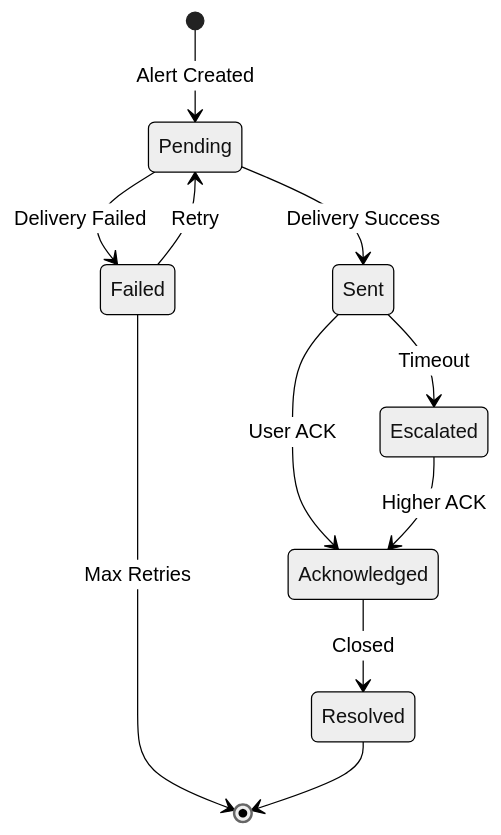
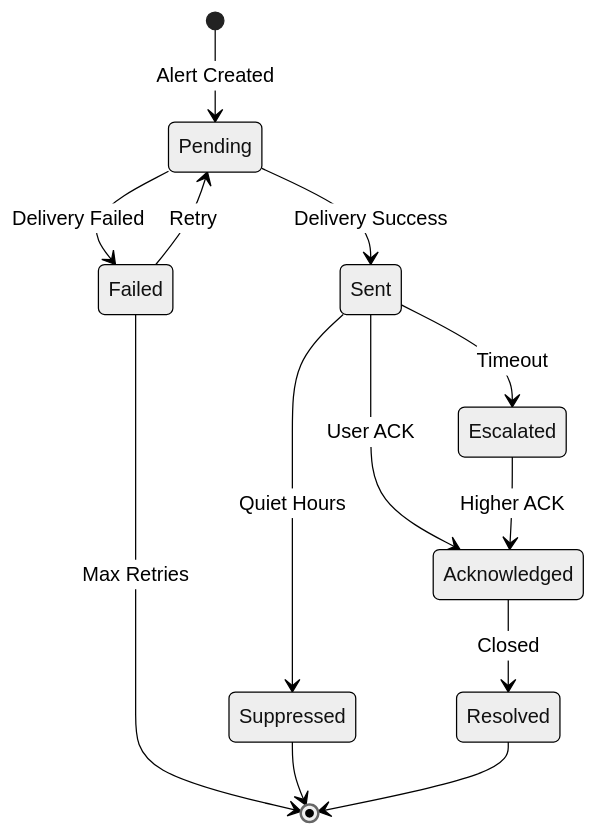
One commit to 0Ankit0/Project-Ideas changed the third of 4 diagrams in Anomaly Detection System/detailed-design/state-machine-diagram.md. Above: the diagram before and after it, drawn with Mermaid (neutral theme). The commit also changed other lines of this file and 24 other files, not shown here.

````diff
--- a/Anomaly Detection System/detailed-design/state-machine-diagram.md
+++ b/Anomaly Detection System/detailed-design/state-machine-diagram.md
@@ -46,17 +48,19 @@
 ```mermaid
 stateDiagram-v2
     [*] --> Pending: Alert Created
     Pending --> Sent: Delivery Success
     Pending --> Failed: Delivery Failed
     
     Failed --> Pending: Retry
     Failed --> [*]: Max Retries
     
     Sent --> Acknowledged: User ACK
     Sent --> Escalated: Timeout
+    Sent --> Suppressed: Quiet Hours
     
     Acknowledged --> Resolved: Closed
     Escalated --> Acknowledged: Higher ACK
+    Suppressed --> [*]
     
     Resolved --> [*]
 ```
````
